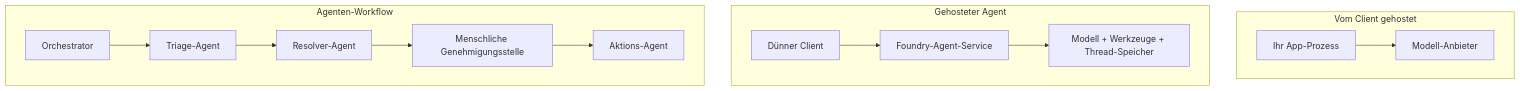
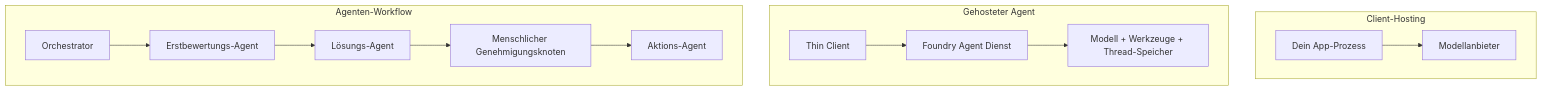
Before and after one commit to microsoft/ai-agents-for-beginners: the first of 4 diagrams in translations/de/16-deploying-scalable-agents/README.md, drawn with Mermaid. The commit also changed other lines of this file and 47 other files, not shown here.

````diff
--- a/translations/de/16-deploying-scalable-agents/README.md
+++ b/translations/de/16-deploying-scalable-agents/README.md
@@ -87,16 +87,16 @@
 ```mermaid
 flowchart TB
-    subgraph P1[Vom Client gehostet]
-        A1[Ihr App-Prozess] --> M1[Modell-Anbieter]
+    subgraph P1[Client-Hosting]
+        A1[Dein App-Prozess] --> M1[Modellanbieter]
     end
     subgraph P2[Gehosteter Agent]
-        A2[Dünner Client] --> F2[Foundry-Agent-Service]
+        A2[Thin Client] --> F2[Foundry Agent Dienst]
         F2 --> M2[Modell + Werkzeuge + Thread-Speicher]
     end
     subgraph P3[Agenten-Workflow]
-        A3[Orchestrator] --> S1[Triage-Agent]
-        S1 --> S2[Resolver-Agent]
-        S2 --> H[Menschliche Genehmigungsstelle]
+        A3[Orchestrator] --> S1[Erstbewertungs-Agent]
+        S1 --> S2[Lösungs-Agent]
+        S2 --> H[Menschlicher Genehmigungsknoten]
         H --> S3[Aktions-Agent]
     end
 ```
````
